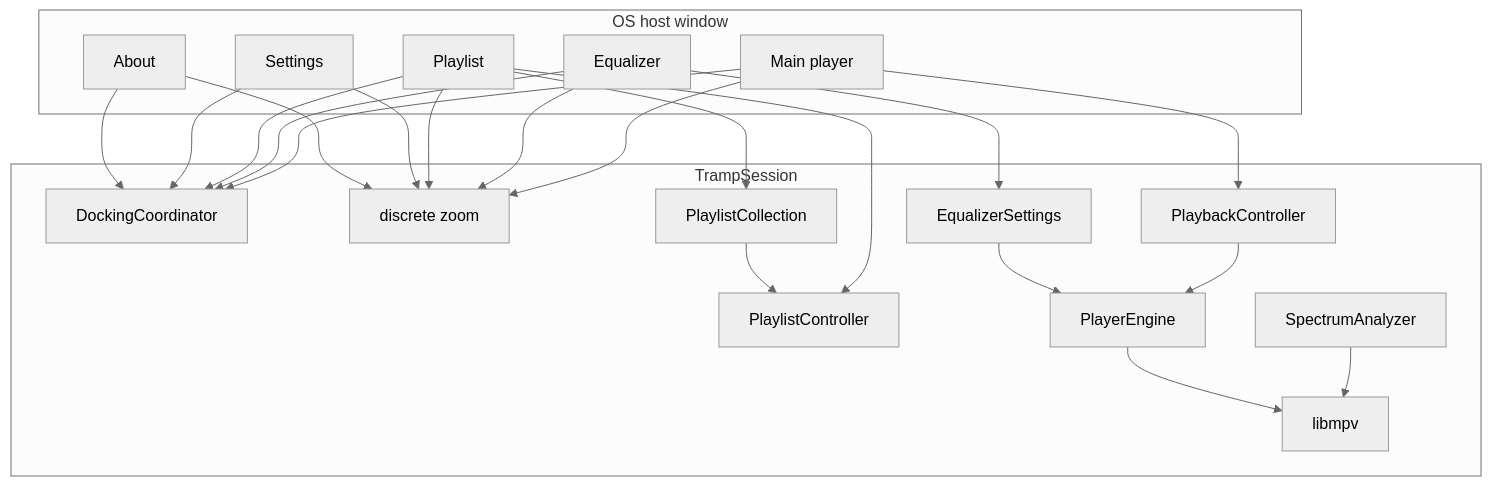
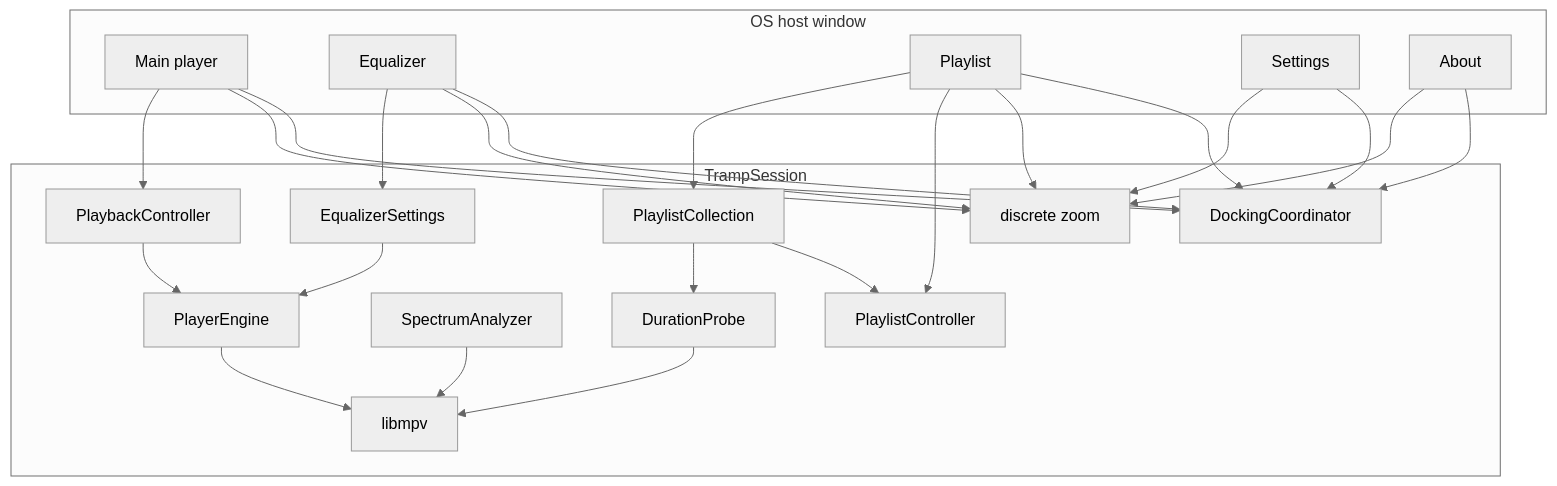
Before and after one commit to eliranbenishai/aoide: the second of 2 diagrams in docs/architecture.md, drawn with Mermaid (neutral theme). The commit also changed other lines of this file and 21 other files, not shown here.

````diff
--- a/docs/architecture.md
+++ b/docs/architecture.md
@@ -46,40 +46,43 @@
 ```mermaid
 flowchart TB
   subgraph host [OS host window]
     Main[Main player]
     Eq[Equalizer]
     Pl[Playlist]
     Set[Settings]
     About[About]
   end
   subgraph session [TrampSession]
     Dock[DockingCoordinator]
     Zoom[discrete zoom]
     Play[PlaybackController]
     List[PlaylistController]
     Coll[PlaylistCollection]
     EqCtl[EqualizerSettings]
     Spec[SpectrumAnalyzer]
+    Dur[DurationProbe]
     Eng[PlayerEngine]
     Mpv[libmpv]
   end
   Main --> Dock
   Eq --> Dock
   Pl --> Dock
   Set --> Dock
   About --> Dock
   Main --> Zoom
   Eq --> Zoom
   Pl --> Zoom
   Set --> Zoom
   About --> Zoom
   Main --> Play
   Pl --> List
   Pl --> Coll
   Coll --> List
   Eq --> EqCtl
   Play --> Eng
   EqCtl --> Eng
   Spec --> Mpv
+  Coll --> Dur
+  Dur --> Mpv
   Eng --> Mpv
 ```
````
